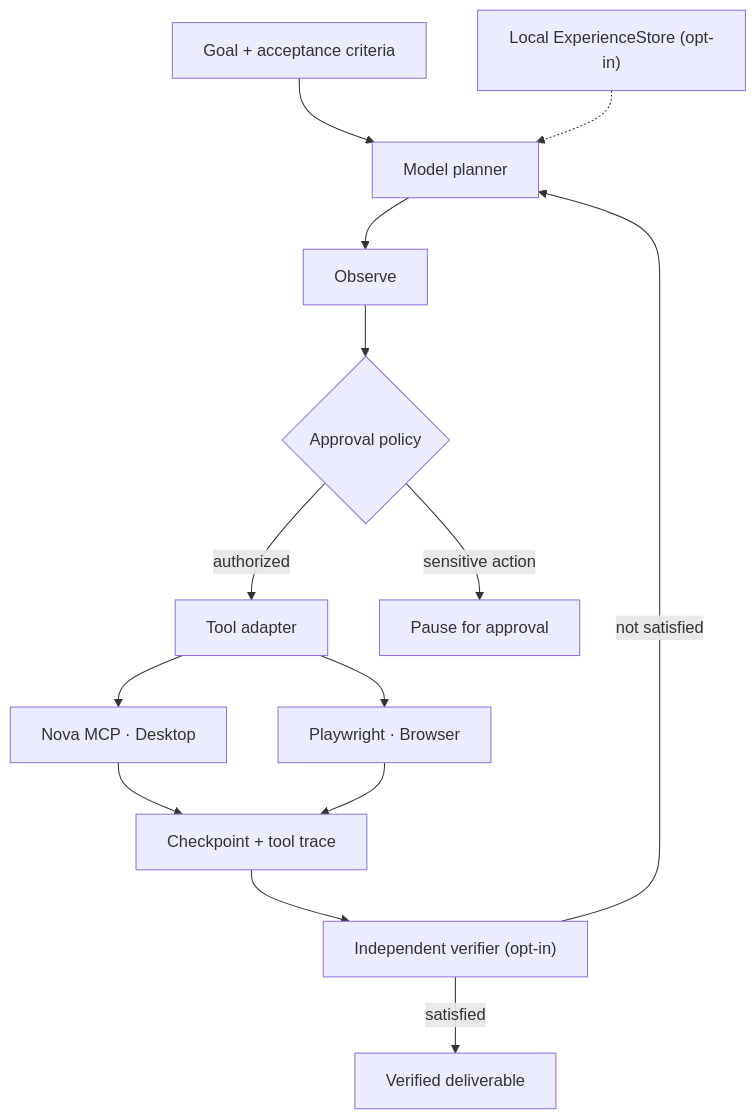
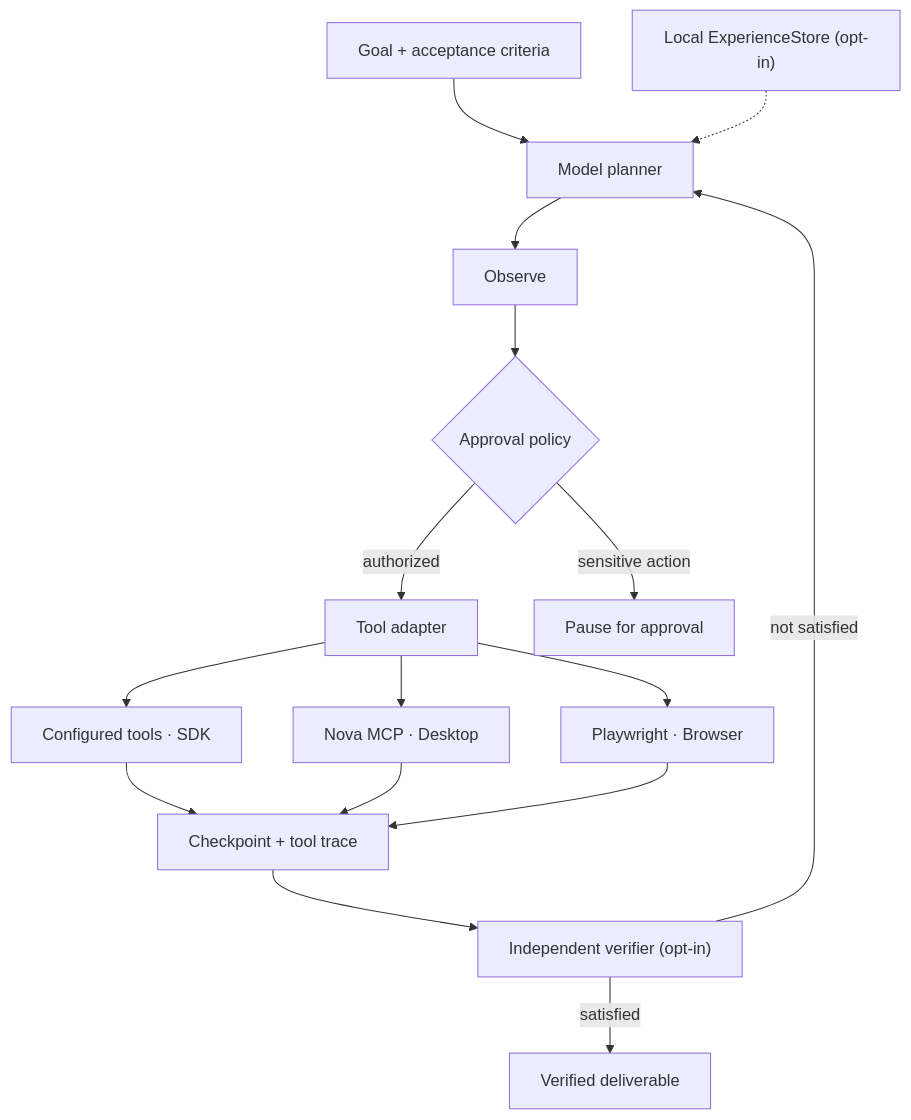
The diagram in README.md (xiangguangxin/Praxis), drawn with Mermaid before and after one commit. The commit also changed other lines of this file and 14 other files, not shown here.

Commit message:
feat: add composable file, HTTP, command and MCP tools with Python SDK (#23)

````diff
--- a/README.md
+++ b/README.md
@@ -84,16 +88,18 @@
 ```mermaid
 flowchart TD
     G["Goal + acceptance criteria"] --> P["Model planner"]
     P --> O["Observe"]
     O --> A{"Approval policy"}
     A -->|authorized| T["Tool adapter"]
     A -->|sensitive action| H["Pause for approval"]
     T --> N["Nova MCP · Desktop"]
     T --> B["Playwright · Browser"]
+    T --> U["Configured tools · SDK"]
+    U --> C
     N --> C["Checkpoint + tool trace"]
     B --> C
     C --> V["Independent verifier (opt-in)"]
     V -->|not satisfied| P
     V -->|satisfied| D["Verified deliverable"]
     E["Local ExperienceStore (opt-in)"] -.-> P
 ```
````
